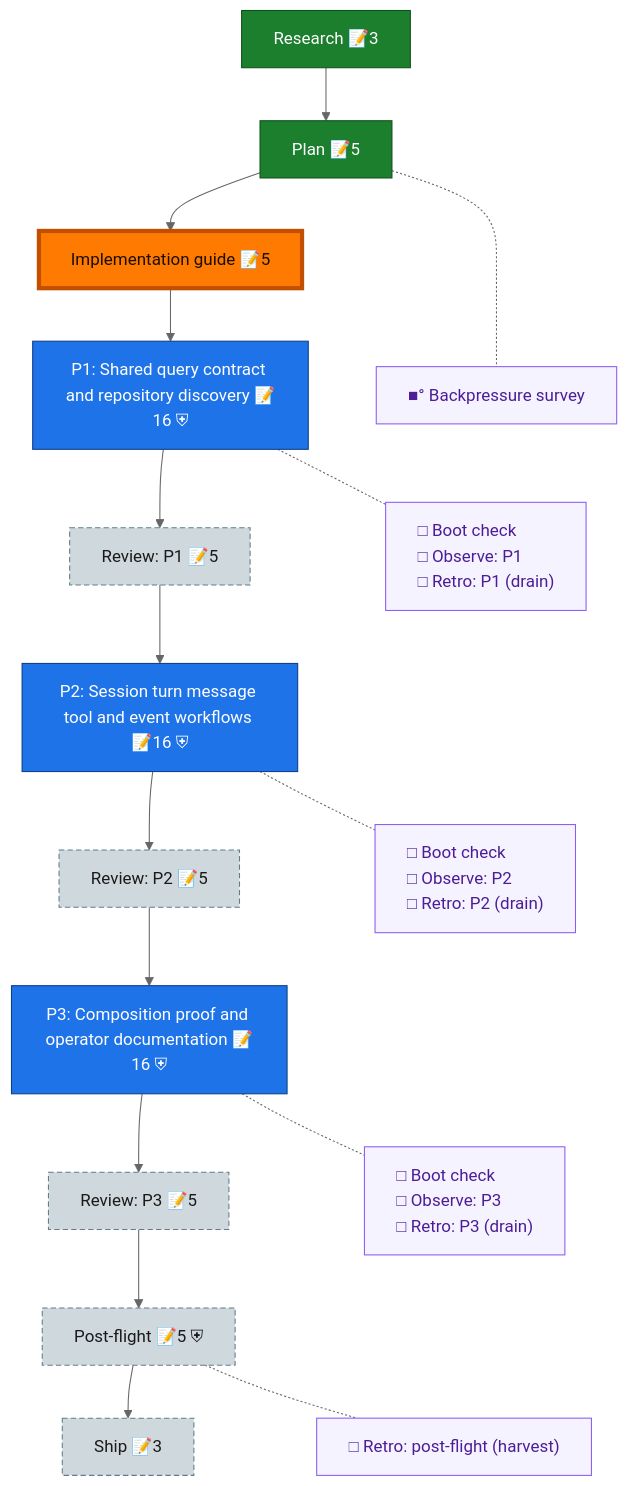
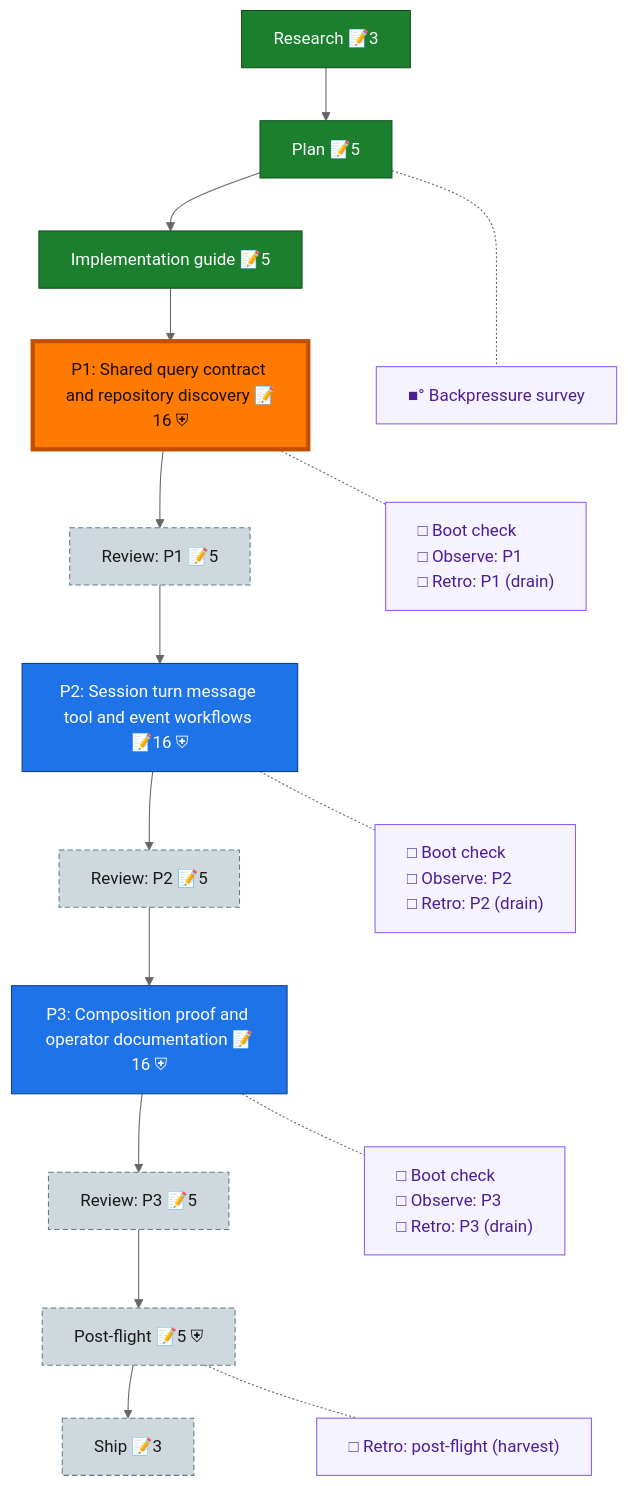
One commit to AI-Substrate/Unisphere changed the diagram in docs/plans/015-session-query-cli/the-flow.md. Above: the diagram before and after it, drawn with Mermaid (neutral theme). The commit also changed other lines of this file and 60 other files, not shown here.

````diff
--- a/docs/plans/015-session-query-cli/the-flow.md
+++ b/docs/plans/015-session-query-cli/the-flow.md
@@ -8,39 +8,40 @@
 ```mermaid
 flowchart TD
     research["Research 📝3"]:::done
     plan["Plan 📝5"]:::done
-    impl_guide["Implementation guide 📝5"]:::known
-    phase_1["P1: Shared query contract and repository discovery 📝16 ⛨"]:::known
+    impl_guide["Implementation guide 📝5"]:::done
+    phase_1["P1: Shared query contract and repository discovery 📝16 ⛨"]:::wip
     review_1["Review: P1 📝5"]:::assumed
     phase_2["P2: Session turn message tool and event workflows 📝16 ⛨"]:::known
     review_2["Review: P2 📝5"]:::assumed
     phase_3["P3: Composition proof and operator documentation 📝16 ⛨"]:::known
     review_3["Review: P3 📝5"]:::assumed
     post_flight["Post-flight 📝5 ⛨"]:::assumed
     ship["Ship 📝3"]:::assumed
 
     research --> plan --> impl_guide --> phase_1 --> review_1 --> phase_2 --> review_2 --> phase_3 --> review_3 --> post_flight --> ship
 
     planC["■° Backpressure survey"]:::chore
     phase_1C["□ Boot check<br/>□ Observe: P1<br/>□ Retro: P1 (drain)"]:::chore
     phase_2C["□ Boot check<br/>□ Observe: P2<br/>□ Retro: P2 (drain)"]:::chore
     phase_3C["□ Boot check<br/>□ Observe: P3<br/>□ Retro: P3 (drain)"]:::chore
     post_flightC["□ Retro: post-flight (harvest)"]:::chore
 
     %% invisible chain holds the gutter boxes in their own column
     planC ~~~ phase_1C ~~~ phase_2C ~~~ phase_3C ~~~ post_flightC
 
     %% dotted links pull each gutter box beside its node
     plan -.- planC
     phase_1 -.- phase_1C
     phase_2 -.- phase_2C
     phase_3 -.- phase_3C
     post_flight -.- post_flightC
 
     classDef done fill:#1B7F2E,stroke:#0F4F1B,color:#fff;
+    classDef wip fill:#43C04A,stroke:#1B7F2E,color:#04210A;
     classDef known fill:#1E73E8,stroke:#0D3F86,color:#fff;
     classDef assumed fill:#CFD8DC,stroke:#607D8B,color:#1a1a1a,stroke-dasharray:5 3;
     classDef chore fill:#f5f3ff,stroke:#8b5cf6,color:#4c1d95,text-align:left;
     classDef current fill:#FF7A00,stroke:#C24E00,color:#1a0e00,stroke-width:4px;
-    class impl_guide current;
+    class phase_1 current;
 ```
````
